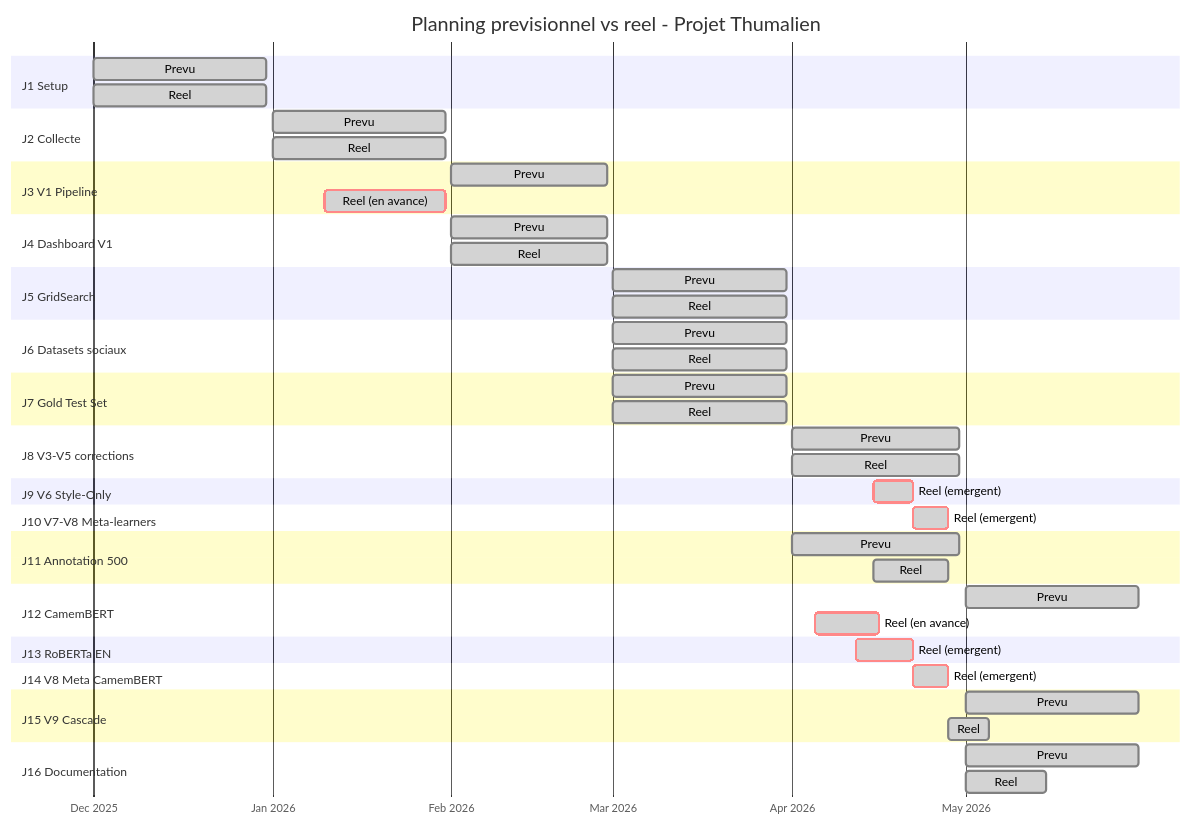
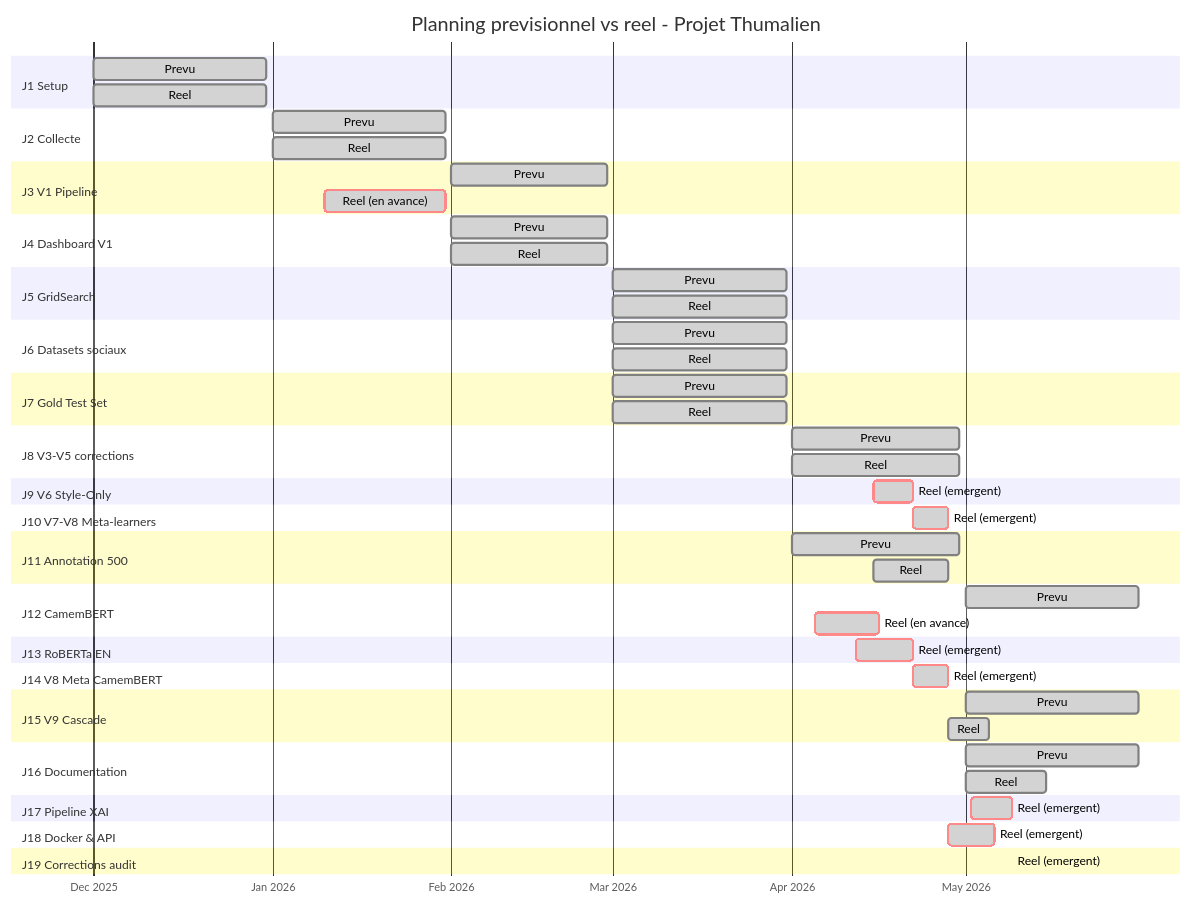
Before and after one commit to azelbanks/projet_etude: the second of 2 diagrams in docs/08_planification_gantt.md, drawn with Mermaid. The commit also changed other lines of this file and 17 other files, not shown here.

First line of the commit message:
docs: Gantt mis a jour avec WP14-WP16, jalons J26-J28, dates Mai 2026

````diff
--- a/docs/08_planification_gantt.md
+++ b/docs/08_planification_gantt.md
@@ -458,67 +525,76 @@
 ```mermaid
 gantt
     title Planning previsionnel vs reel - Projet Thumalien
     dateFormat YYYY-MM-DD
     axisFormat %b %Y
     todayMarker off
 
     section J1 Setup
     Prevu                          :done, j1p, 2025-12-01, 2025-12-31
     Reel                           :done, j1r, 2025-12-01, 2025-12-31
 
     section J2 Collecte
     Prevu                          :done, j2p, 2026-01-01, 2026-01-31
     Reel                           :done, j2r, 2026-01-01, 2026-01-31
 
     section J3 V1 Pipeline
     Prevu                          :done, j3p, 2026-02-01, 2026-02-28
     Reel (en avance)               :done, crit, j3r, 2026-01-10, 2026-01-31
 
     section J4 Dashboard V1
     Prevu                          :done, j4p, 2026-02-01, 2026-02-28
     Reel                           :done, j4r, 2026-02-01, 2026-02-28
 
     section J5 GridSearch
     Prevu                          :done, j5p, 2026-03-01, 2026-03-31
     Reel                           :done, j5r, 2026-03-01, 2026-03-31
 
     section J6 Datasets sociaux
     Prevu                          :done, j6p, 2026-03-01, 2026-03-31
     Reel                           :done, j6r, 2026-03-01, 2026-03-31
 
     section J7 Gold Test Set
     Prevu                          :done, j7p, 2026-03-01, 2026-03-31
     Reel                           :done, j7r, 2026-03-01, 2026-03-31
 
     section J8 V3-V5 corrections
     Prevu                          :done, j8p, 2026-04-01, 2026-04-30
     Reel                           :done, j8r, 2026-04-01, 2026-04-30
 
     section J9 V6 Style-Only
     Reel (emergent)                :done, crit, j9r, 2026-04-15, 2026-04-22
 
     section J10 V7-V8 Meta-learners
     Reel (emergent)                :done, crit, j10r, 2026-04-22, 2026-04-28
 
     section J11 Annotation 500
     Prevu                          :done, j11p, 2026-04-01, 2026-04-30
     Reel                           :done, j11r, 2026-04-15, 2026-04-28
 
     section J12 CamemBERT
     Prevu                          :done, j12p, 2026-05-01, 2026-05-31
     Reel (en avance)               :done, crit, j12r, 2026-04-05, 2026-04-16
 
     section J13 RoBERTa EN
     Reel (emergent)                :done, crit, j13r, 2026-04-12, 2026-04-22
 
     section J14 V8 Meta CamemBERT
     Reel (emergent)                :done, crit, j14r, 2026-04-22, 2026-04-28
 
     section J15 V9 Cascade
     Prevu                          :done, j15p, 2026-05-01, 2026-05-31
     Reel                           :done, j15r, 2026-04-28, 2026-05-05
 
     section J16 Documentation
     Prevu                          :done, j16p, 2026-05-01, 2026-05-31
     Reel                           :done, j16r, 2026-05-01, 2026-05-15
+
+    section J17 Pipeline XAI
+    Reel (emergent)                :done, crit, j17r, 2026-05-02, 2026-05-09
+
+    section J18 Docker & API
+    Reel (emergent)                :done, crit, j18r, 2026-04-28, 2026-05-06
+
+    section J19 Corrections audit
+    Reel (emergent)                :done, crit, j19r, 2026-05-09, 2026-05-09
 ```
````
